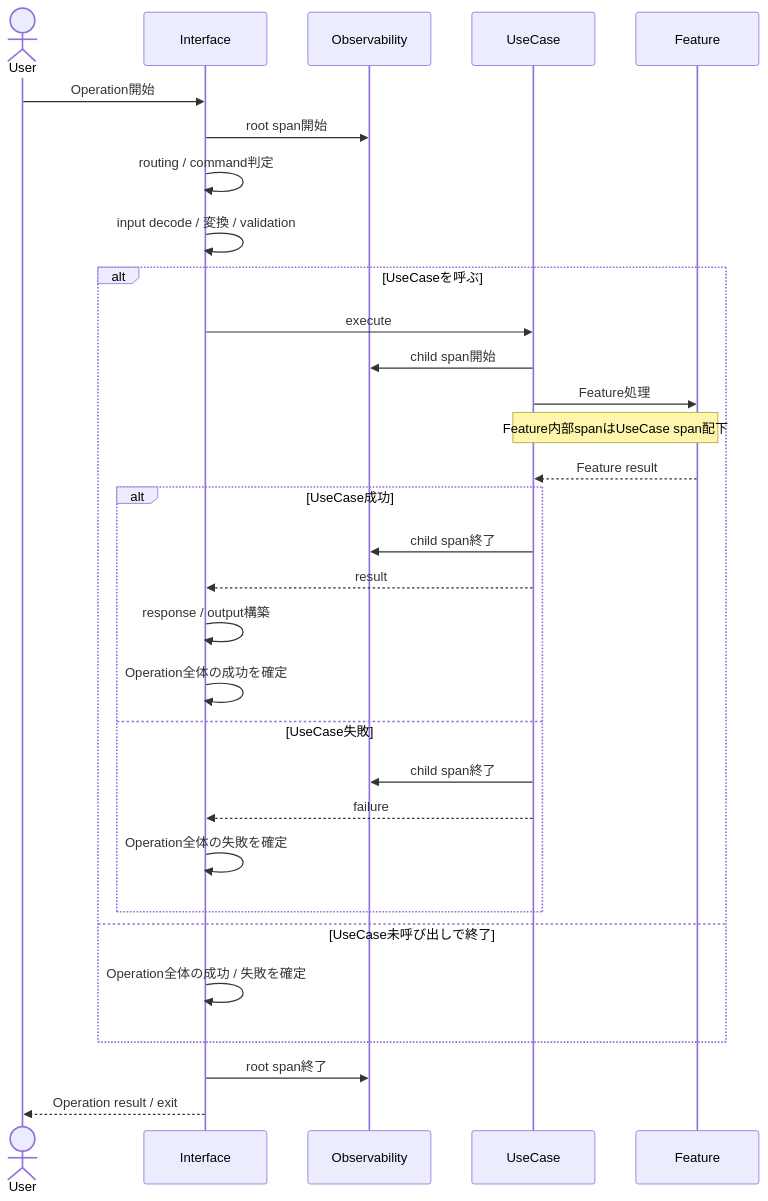
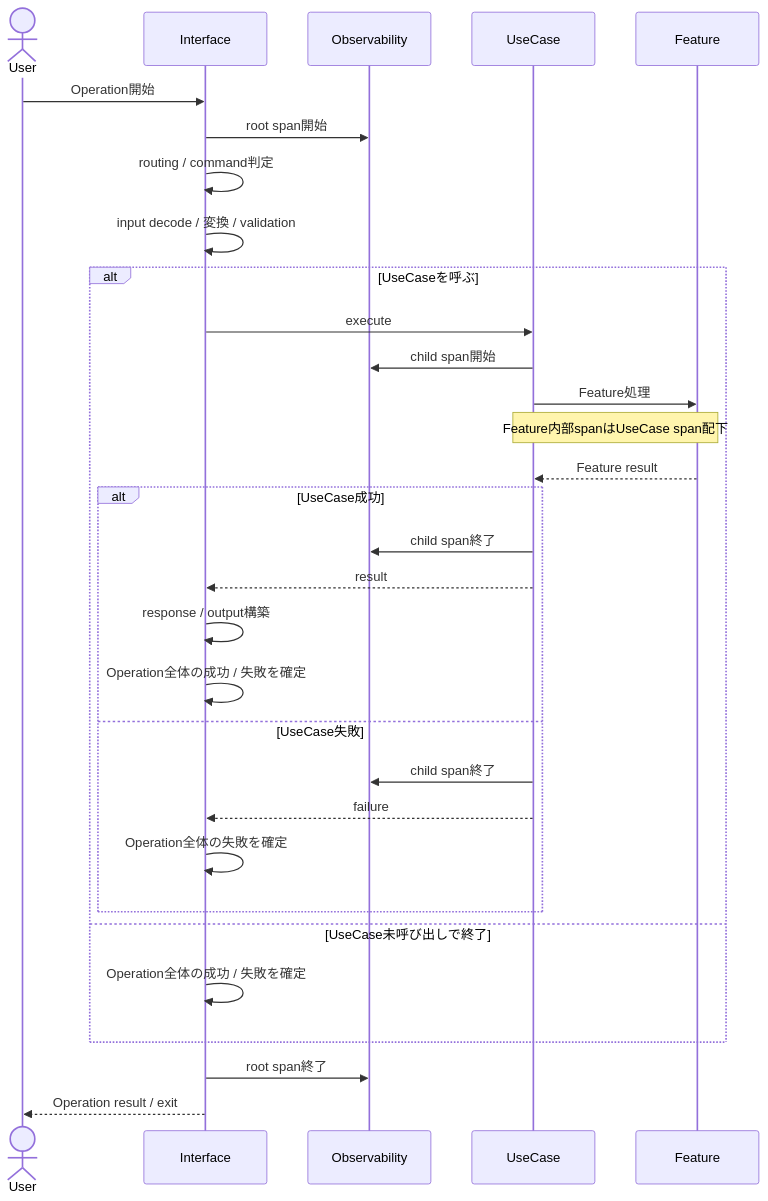
One commit to takashit16833/Workbench changed the first of 2 diagrams in Notes/RAGScope/RAGScopeアプリケーション/実行追跡・構造化ログ概要図.md. Above: the diagram before and after it, drawn with Mermaid. The commit also changed other lines of this file, not shown here.

Commit message:
docs: preserve post-processing failure path

````diff
--- a/Notes/RAGScope/RAGScopeアプリケーション/実行追跡・構造化ログ概要図.md
+++ b/Notes/RAGScope/RAGScopeアプリケーション/実行追跡・構造化ログ概要図.md
@@ -20,37 +20,37 @@
 ```mermaid
 sequenceDiagram
     actor User
     participant Interface
     participant Observability
     participant UseCase
     participant Feature
 
     User->>Interface: Operation開始
     Interface->>Observability: root span開始
     Interface->>Interface: routing / command判定
     Interface->>Interface: input decode / 変換 / validation
 
     alt UseCaseを呼ぶ
         Interface->>UseCase: execute
         UseCase->>Observability: child span開始
         UseCase->>Feature: Feature処理
         Note over UseCase,Feature: Feature内部spanはUseCase span配下
         Feature-->>UseCase: Feature result
 
         alt UseCase成功
             UseCase->>Observability: child span終了
             UseCase-->>Interface: result
             Interface->>Interface: response / output構築
-            Interface->>Interface: Operation全体の成功を確定
+            Interface->>Interface: Operation全体の成功 / 失敗を確定
         else UseCase失敗
             UseCase->>Observability: child span終了
             UseCase-->>Interface: failure
             Interface->>Interface: Operation全体の失敗を確定
         end
     else UseCase未呼び出しで終了
         Interface->>Interface: Operation全体の成功 / 失敗を確定
     end
 
     Interface->>Observability: root span終了
     Interface-->>User: Operation result / exit
 ```
````
